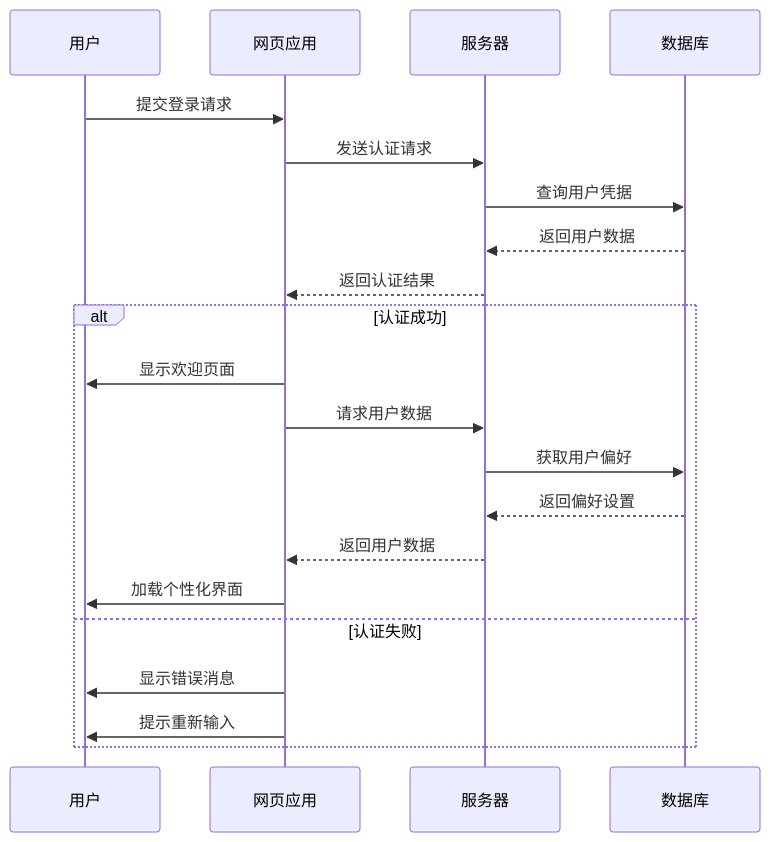
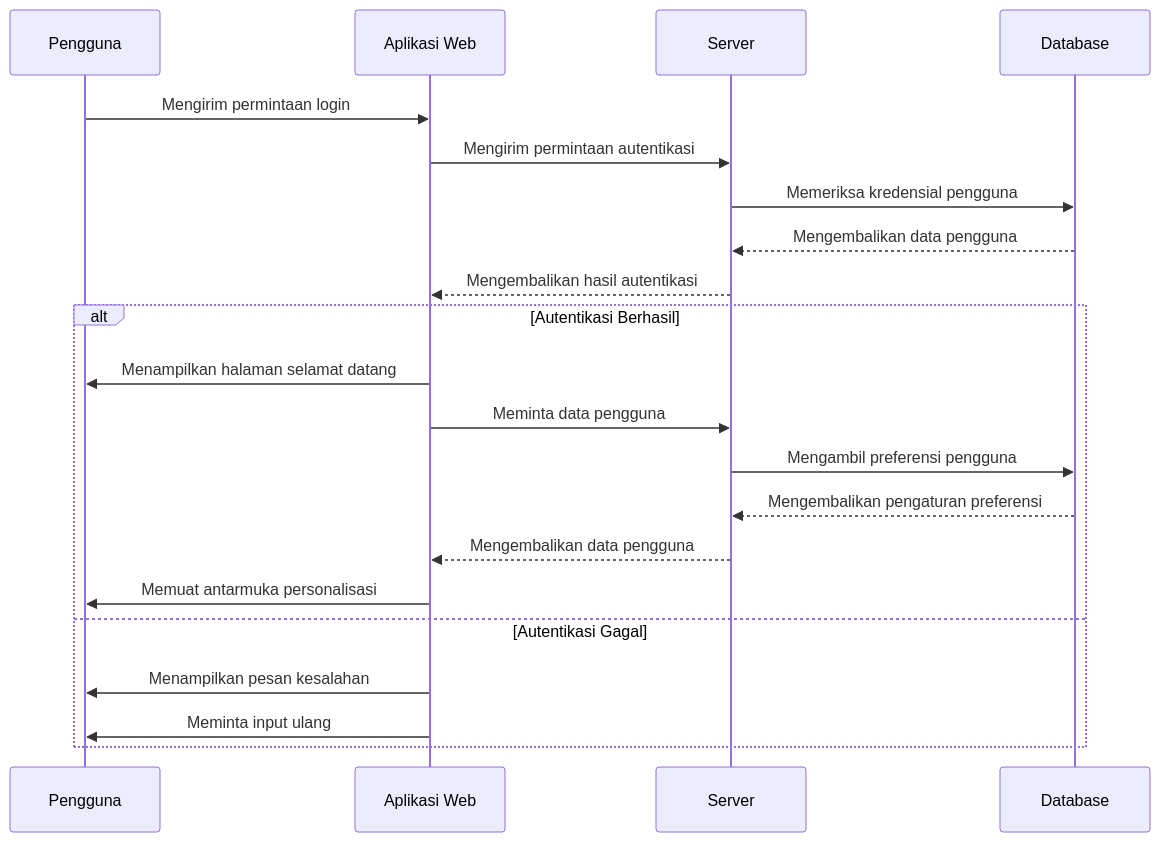
One commit to abqoryme/LightKira changed the second of 6 diagrams in src/content/posts/markdown-mermaid.md. Above: the diagram before and after it, drawn with Mermaid. The commit also changed other lines of this file and 12 other files, not shown here.

````diff
--- a/src/content/posts/markdown-mermaid.md
+++ b/src/content/posts/markdown-mermaid.md
@@ -45,25 +43,26 @@
 ```mermaid
 sequenceDiagram
-    participant User as 用户
-    participant WebApp as 网页应用
-    participant Server as 服务器
-    participant Database as 数据库
+    participant User as Pengguna
+    participant WebApp as Aplikasi Web
+    participant Server as Server
+    participant Database as Database
 
-    User->>WebApp: 提交登录请求
-    WebApp->>Server: 发送认证请求
-    Server->>Database: 查询用户凭据
-    Database-->>Server: 返回用户数据
-    Server-->>WebApp: 返回认证结果
+    User->>WebApp: Mengirim permintaan login
+    WebApp->>Server: Mengirim permintaan autentikasi
+    Server->>Database: Memeriksa kredensial pengguna
+    Database-->>Server: Mengembalikan data pengguna
+    Server-->>WebApp: Mengembalikan hasil autentikasi
     
-    alt 认证成功
-        WebApp->>User: 显示欢迎页面
-        WebApp->>Server: 请求用户数据
-        Server->>Database: 获取用户偏好
-        Database-->>Server: 返回偏好设置
-        Server-->>WebApp: 返回用户数据
-        WebApp->>User: 加载个性化界面
-    else 认证失败
-        WebApp->>User: 显示错误消息
-        WebApp->>User: 提示重新输入
+    alt Autentikasi Berhasil
+        WebApp->>User: Menampilkan halaman selamat datang
+        WebApp->>Server: Meminta data pengguna
+        Server->>Database: Mengambil preferensi pengguna
+        Database-->>Server: Mengembalikan pengaturan preferensi
+        Server-->>WebApp: Mengembalikan data pengguna
+        WebApp->>User: Memuat antarmuka personalisasi
+    else Autentikasi Gagal
+        WebApp->>User: Menampilkan pesan kesalahan
+        WebApp->>User: Meminta input ulang
     end
+
 ```
````
